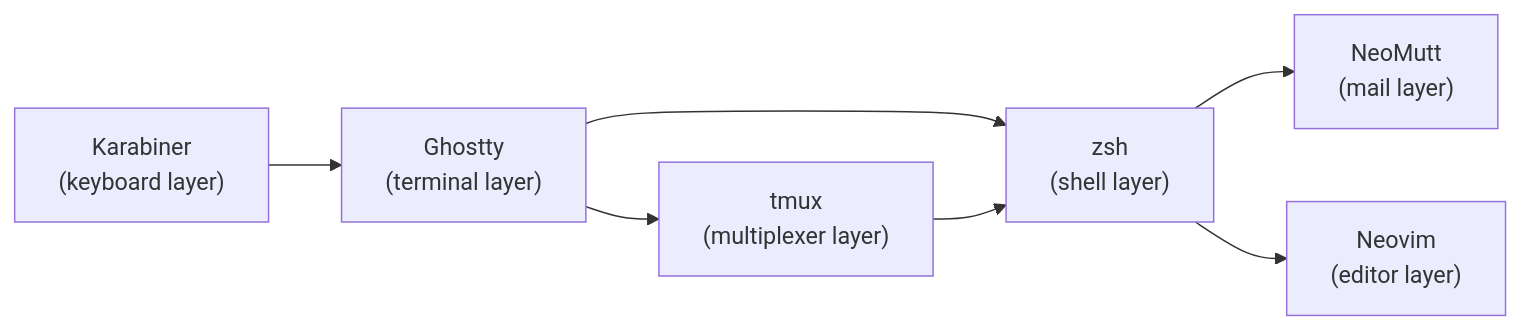
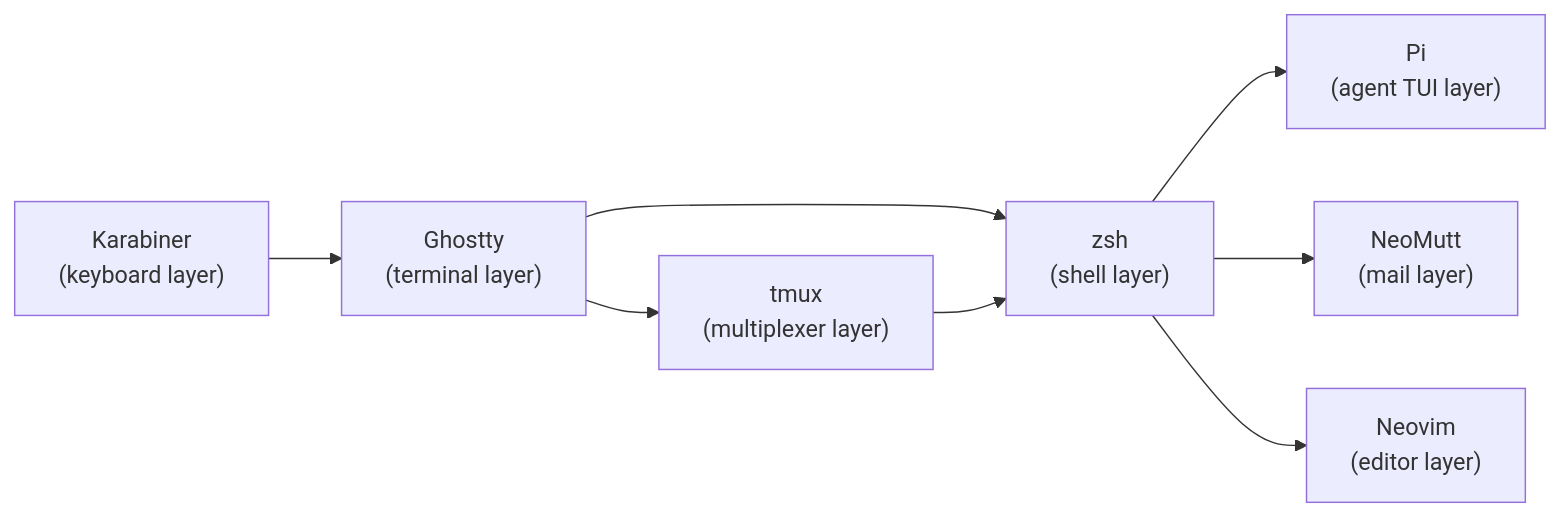
Before and after one commit to mbastakis/dotfiles: the diagram in docs/shortcuts.md, drawn with Mermaid. The commit also changed other lines of this file and 53 other files, not shown here.

````diff
--- a/docs/shortcuts.md
+++ b/docs/shortcuts.md
@@ -7,9 +7,10 @@
 ```mermaid
 flowchart LR
   K["Karabiner<br/>(keyboard layer)"] --> G["Ghostty<br/>(terminal layer)"]
   G --> T["tmux<br/>(multiplexer layer)"]
   G --> Z["zsh<br/>(shell layer)"]
   T --> Z
+  Z --> P["Pi<br/>(agent TUI layer)"]
   Z --> M["NeoMutt<br/>(mail layer)"]
   Z --> N["Neovim<br/>(editor layer)"]
 ```
````
